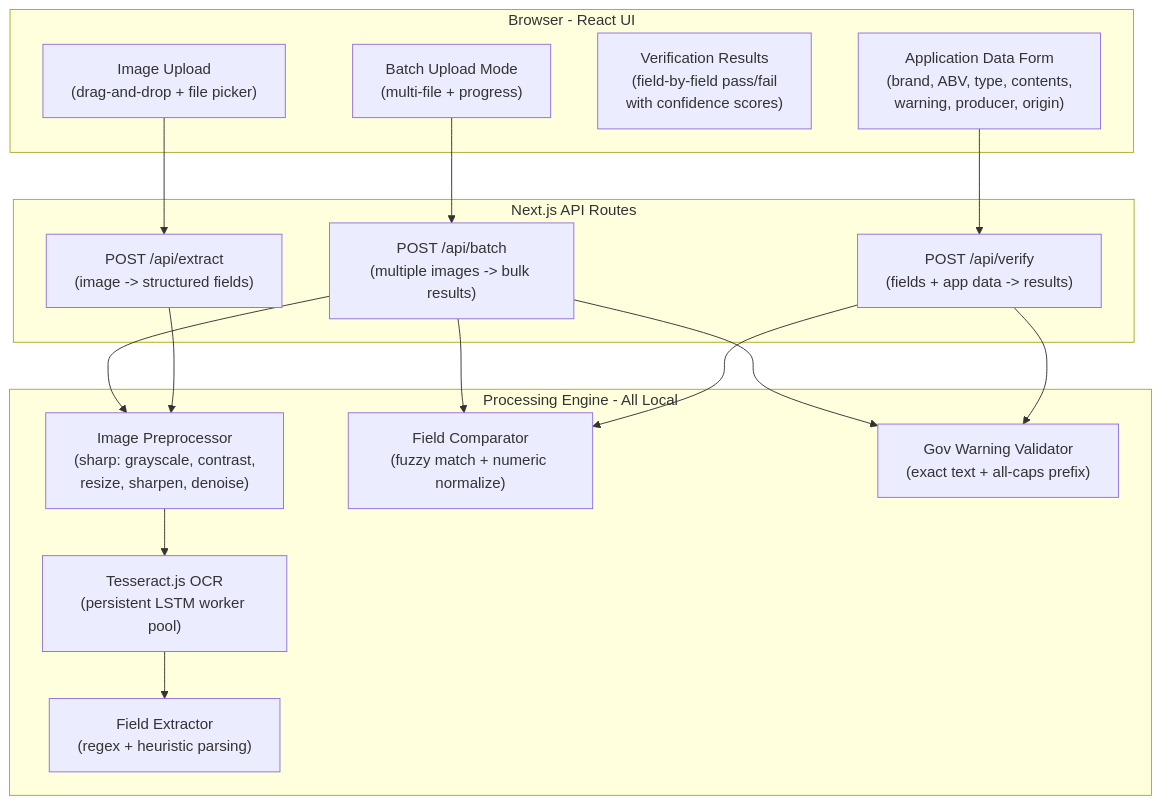
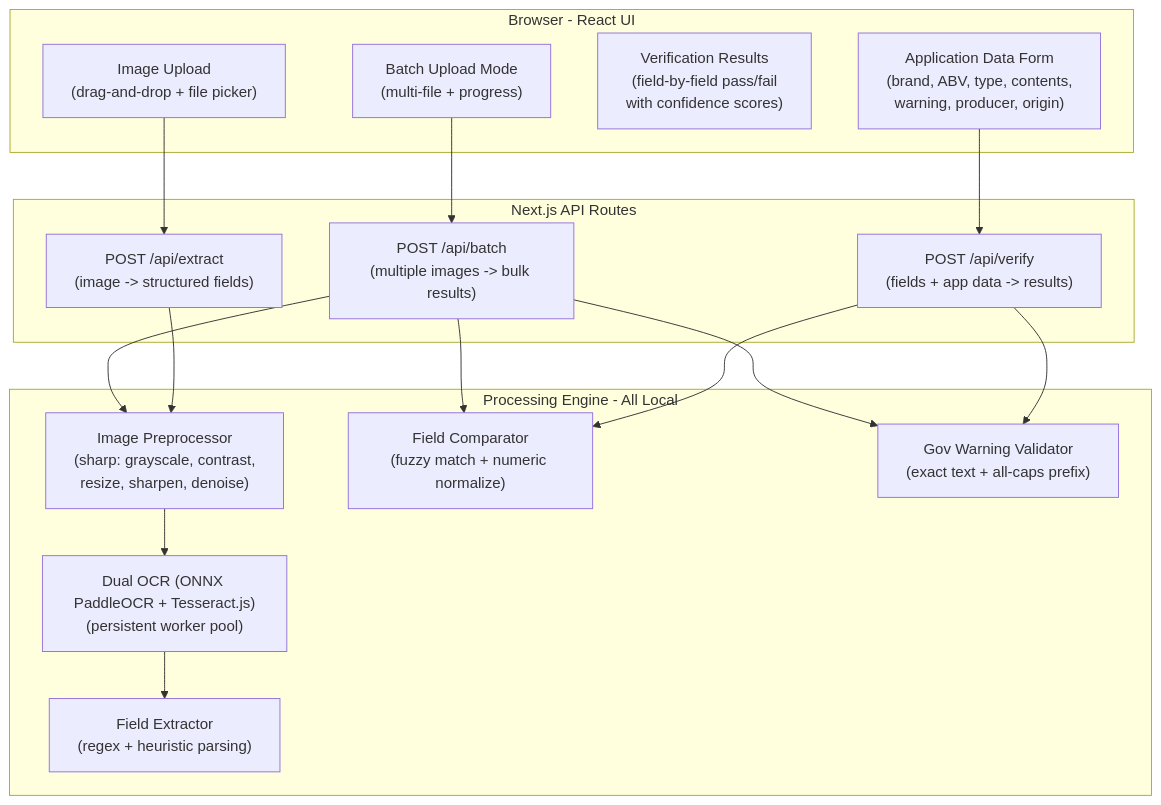
One commit to Suntek-Solutions/ttbgov changed the first of 3 diagrams in docs/ARCHITECTURE.md. Above: the diagram before and after it, drawn with Mermaid. The commit also changed other lines of this file and 14 other files, not shown here.

First line of the commit message:
Add ONNX PaddleOCR as primary OCR engine (100% local, zero cloud)

````diff
--- a/docs/ARCHITECTURE.md
+++ b/docs/ARCHITECTURE.md
@@ -9,35 +9,35 @@
 ```mermaid
 flowchart TB
     subgraph client [Browser - React UI]
         Upload["Image Upload\n(drag-and-drop + file picker)"]
         Form["Application Data Form\n(brand, ABV, type, contents,\nwarning, producer, origin)"]
         Results["Verification Results\n(field-by-field pass/fail\nwith confidence scores)"]
         Batch["Batch Upload Mode\n(multi-file + progress)"]
     end
 
     subgraph server [Next.js API Routes]
         ExtractAPI["POST /api/extract\n(image -> structured fields)"]
         VerifyAPI["POST /api/verify\n(fields + app data -> results)"]
         BatchAPI["POST /api/batch\n(multiple images -> bulk results)"]
     end
 
     subgraph engine [Processing Engine - All Local]
         Preprocess["Image Preprocessor\n(sharp: grayscale, contrast,\nresize, sharpen, denoise)"]
-        OCR["Tesseract.js OCR\n(persistent LSTM worker pool)"]
+        OCR["Dual OCR (ONNX PaddleOCR + Tesseract.js)\n(persistent worker pool)"]
         FieldParser["Field Extractor\n(regex + heuristic parsing)"]
         Comparator["Field Comparator\n(fuzzy match + numeric normalize)"]
         WarningCheck["Gov Warning Validator\n(exact text + all-caps prefix)"]
     end
 
     Upload --> ExtractAPI
     Form --> VerifyAPI
     Batch --> BatchAPI
 
     ExtractAPI --> Preprocess --> OCR --> FieldParser
     VerifyAPI --> Comparator
     VerifyAPI --> WarningCheck
 
     BatchAPI --> Preprocess
     BatchAPI --> Comparator
     BatchAPI --> WarningCheck
 ```
````
